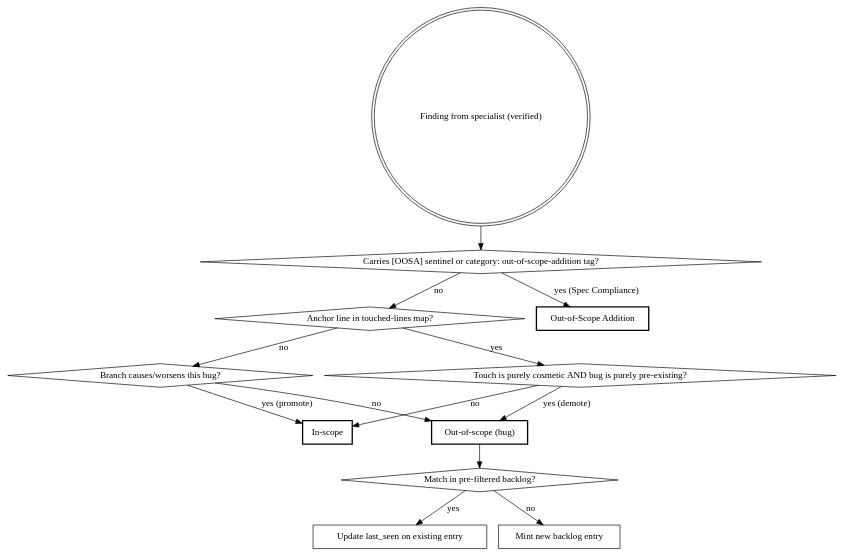
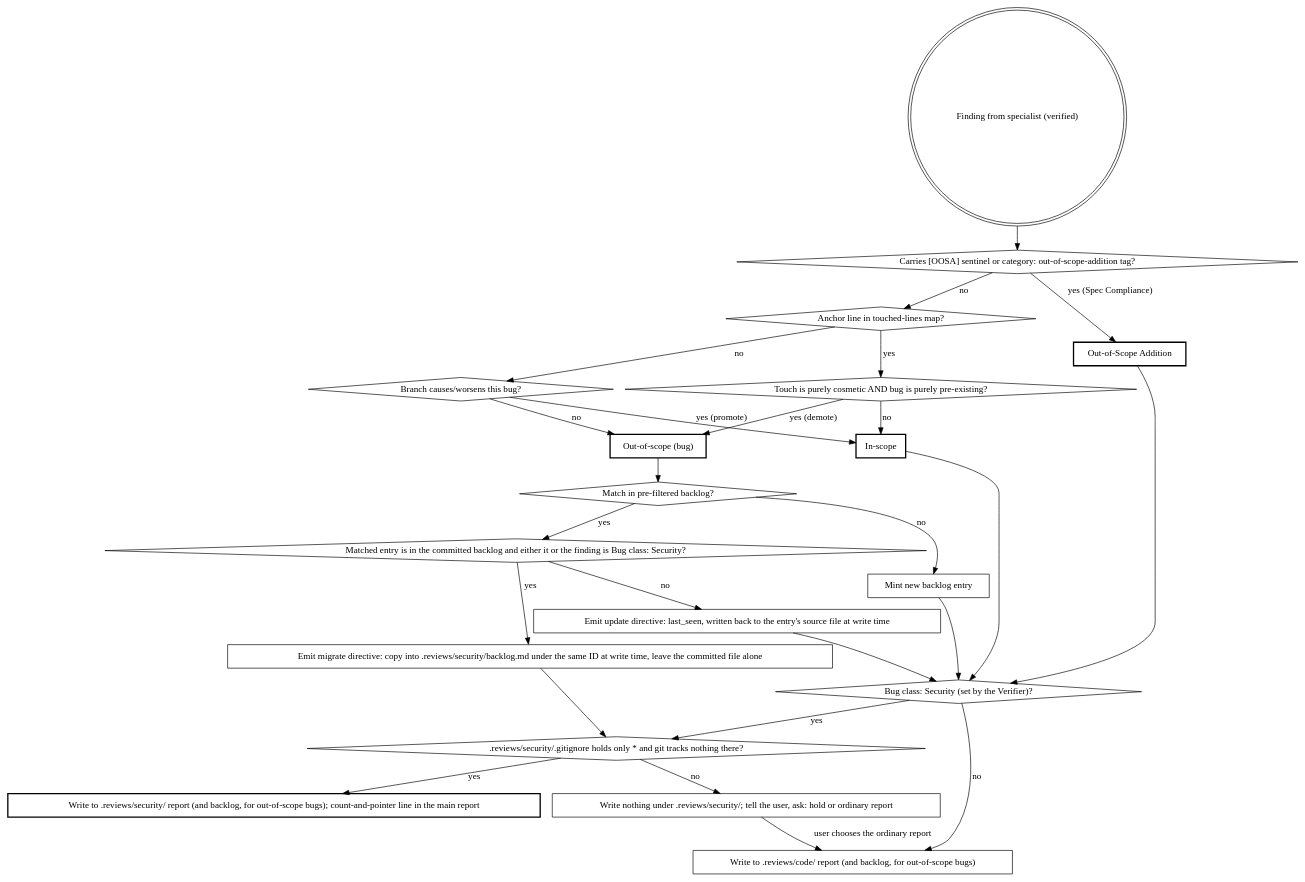
The first of 2 diagrams in kiro_and_antigravity/skills/.kiro/skills/agentic-review/SKILL.md (Ovid/paad), drawn with Graphviz before and after one commit. The commit also changed other lines of this file and 71 other files, not shown here.

````diff
--- a/kiro_and_antigravity/skills/.kiro/skills/agentic-review/SKILL.md
+++ b/kiro_and_antigravity/skills/.kiro/skills/agentic-review/SKILL.md
@@ -16,29 +20,48 @@
 ```dot
 digraph classification {
   "Finding from specialist (verified)" [shape=doublecircle];
   "Carries [OOSA] sentinel or category: out-of-scope-addition tag?" [shape=diamond];
   "Anchor line in touched-lines map?" [shape=diamond];
   "Branch causes/worsens this bug?" [shape=diamond];
   "Touch is purely cosmetic AND bug is purely pre-existing?" [shape=diamond];
   "Match in pre-filtered backlog?" [shape=diamond];
+  "Matched entry is in the committed backlog and either it or the finding is Bug class: Security?" [shape=diamond];
 
   "In-scope" [shape=box, style=bold];
   "Out-of-scope (bug)" [shape=box, style=bold];
   "Out-of-Scope Addition" [shape=box, style=bold];
-  "Update last_seen on existing entry" [shape=box];
+  "Emit update directive: last_seen, written back to the entry's source file at write time" [shape=box];
   "Mint new backlog entry" [shape=box];
+  "Emit migrate directive: copy into .reviews/security/backlog.md under the same ID at write time, leave the committed file alone" [shape=box];
+  "Bug class: Security (set by the Verifier)?" [shape=diamond];
+  "Write to .reviews/security/ report (and backlog, for out-of-scope bugs); count-and-pointer line in the main report" [shape=box, style=bold];
+  ".reviews/security/.gitignore holds only * and git tracks nothing there?" [shape=diamond];
+  "Write nothing under .reviews/security/; tell the user, ask: hold or ordinary report" [shape=box];
+  "Write to .reviews/code/ report (and backlog, for out-of-scope bugs)" [shape=box];
 
   "Finding from specialist (verified)" -> "Carries [OOSA] sentinel or category: out-of-scope-addition tag?";
   "Carries [OOSA] sentinel or category: out-of-scope-addition tag?" -> "Out-of-Scope Addition" [label="yes (Spec Compliance)"];
+  "Out-of-Scope Addition" -> "Bug class: Security (set by the Verifier)?";
   "Carries [OOSA] sentinel or category: out-of-scope-addition tag?" -> "Anchor line in touched-lines map?" [label="no"];
   "Anchor line in touched-lines map?" -> "Touch is purely cosmetic AND bug is purely pre-existing?" [label="yes"];
   "Anchor line in touched-lines map?" -> "Branch causes/worsens this bug?" [label="no"];
   "Touch is purely cosmetic AND bug is purely pre-existing?" -> "Out-of-scope (bug)" [label="yes (demote)"];
   "Touch is purely cosmetic AND bug is purely pre-existing?" -> "In-scope" [label="no"];
   "Branch causes/worsens this bug?" -> "In-scope" [label="yes (promote)"];
   "Branch causes/worsens this bug?" -> "Out-of-scope (bug)" [label="no"];
   "Out-of-scope (bug)" -> "Match in pre-filtered backlog?";
-  "Match in pre-filtered backlog?" -> "Update last_seen on existing entry" [label="yes"];
+  "Match in pre-filtered backlog?" -> "Matched entry is in the committed backlog and either it or the finding is Bug class: Security?" [label="yes"];
+  "Matched entry is in the committed backlog and either it or the finding is Bug class: Security?" -> "Emit migrate directive: copy into .reviews/security/backlog.md under the same ID at write time, leave the committed file alone" [label="yes"];
+  "Matched entry is in the committed backlog and either it or the finding is Bug class: Security?" -> "Emit update directive: last_seen, written back to the entry's source file at write time" [label="no"];
+  "Emit migrate directive: copy into .reviews/security/backlog.md under the same ID at write time, leave the committed file alone" -> ".reviews/security/.gitignore holds only * and git tracks nothing there?";
   "Match in pre-filtered backlog?" -> "Mint new backlog entry" [label="no"];
+  "In-scope" -> "Bug class: Security (set by the Verifier)?";
+  "Emit update directive: last_seen, written back to the entry's source file at write time" -> "Bug class: Security (set by the Verifier)?";
+  "Mint new backlog entry" -> "Bug class: Security (set by the Verifier)?";
+  "Bug class: Security (set by the Verifier)?" -> ".reviews/security/.gitignore holds only * and git tracks nothing there?" [label="yes"];
+  ".reviews/security/.gitignore holds only * and git tracks nothing there?" -> "Write to .reviews/security/ report (and backlog, for out-of-scope bugs); count-and-pointer line in the main report" [label="yes"];
+  ".reviews/security/.gitignore holds only * and git tracks nothing there?" -> "Write nothing under .reviews/security/; tell the user, ask: hold or ordinary report" [label="no"];
+  "Bug class: Security (set by the Verifier)?" -> "Write to .reviews/code/ report (and backlog, for out-of-scope bugs)" [label="no"];
+  "Write nothing under .reviews/security/; tell the user, ask: hold or ordinary report" -> "Write to .reviews/code/ report (and backlog, for out-of-scope bugs)" [label="user chooses the ordinary report"];
 }
 ```
````
